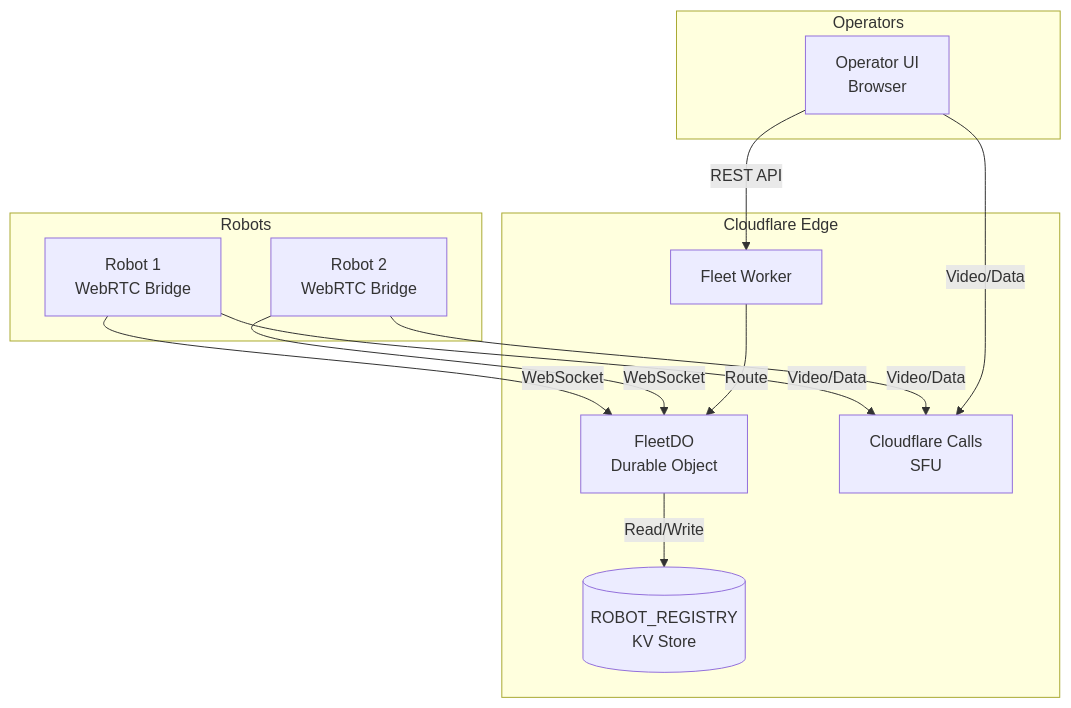
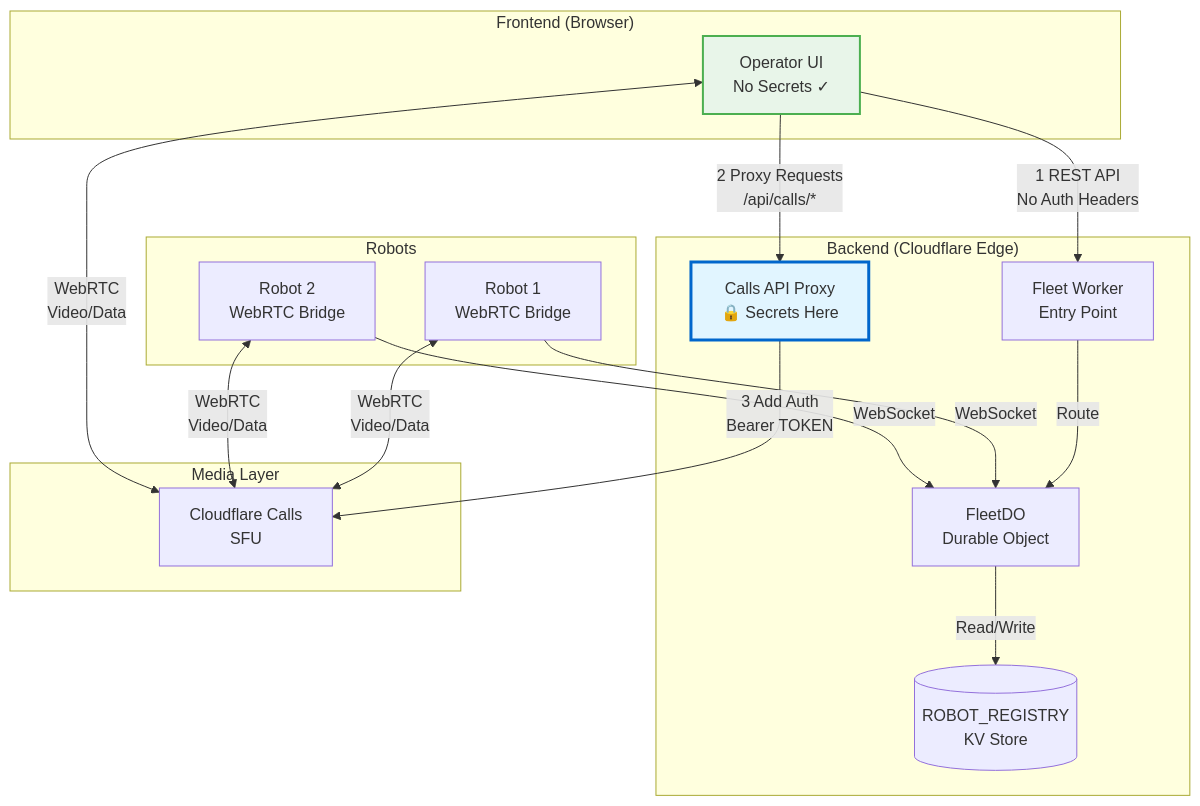
The first of 4 diagrams in cloud/workers/fleet-worker/README.md (BigMuzzy/ugv_ws_pi), drawn with Mermaid before and after one commit. The commit also changed other lines of this file and 7 other files, not shown here.

First line of the commit message:
Refactor Fleet Operator Frontend and Fleet Worker for Enhanced Security and API Proxy

````diff
--- a/cloud/workers/fleet-worker/README.md
+++ b/cloud/workers/fleet-worker/README.md
@@ -7,27 +7,36 @@
 ```mermaid
 graph TB
-    subgraph "Cloudflare Edge"
-        W[Fleet Worker]
+    subgraph "Frontend (Browser)"
+        O1[Operator UI<br/>No Secrets ✓]
+    end
+
+    subgraph "Backend (Cloudflare Edge)"
+        W[Fleet Worker<br/>Entry Point]
         DO[FleetDO<br/>Durable Object]
         KV[(ROBOT_REGISTRY<br/>KV Store)]
+        API[Calls API Proxy<br/>🔒 Secrets Here]
+    end
+
+    subgraph "Media Layer"
         SFU[Cloudflare Calls<br/>SFU]
     end
-    
+
     subgraph "Robots"
         R1[Robot 1<br/>WebRTC Bridge]
         R2[Robot 2<br/>WebRTC Bridge]
     end
-    
-    subgraph "Operators"
-        O1[Operator UI<br/>Browser]
-    end
-    
+
+    O1 -->|1 REST API<br/>No Auth Headers| W
+    O1 -->|2 Proxy Requests<br/>/api/calls/*| API
+    API -->|3 Add Auth<br/>Bearer TOKEN| SFU
+    W -->|Route| DO
+    DO -->|Read/Write| KV
     R1 -->|WebSocket| DO
     R2 -->|WebSocket| DO
-    DO -->|Read/Write| KV
-    O1 -->|REST API| W
-    W -->|Route| DO
-    R1 -->|Video/Data| SFU
-    R2 -->|Video/Data| SFU
-    O1 -->|Video/Data| SFU
+    R1 <-->|WebRTC<br/>Video/Data| SFU
+    R2 <-->|WebRTC<br/>Video/Data| SFU
+    O1 <-->|WebRTC<br/>Video/Data| SFU
+
+    style API fill:#e1f5ff,stroke:#0066cc,stroke-width:3px
+    style O1 fill:#e8f5e9,stroke:#4caf50,stroke-width:2px
 ```
````
